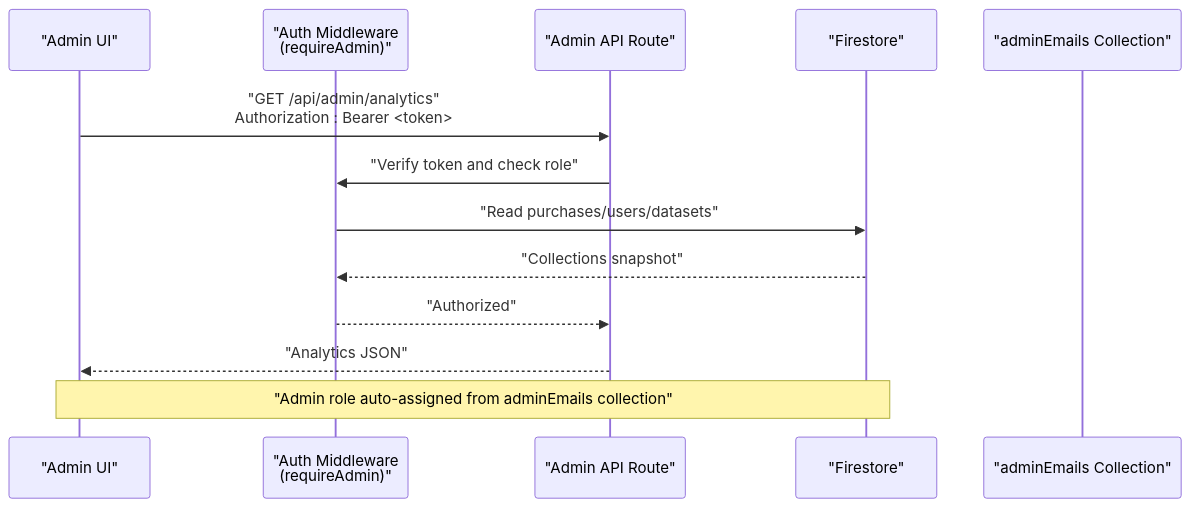
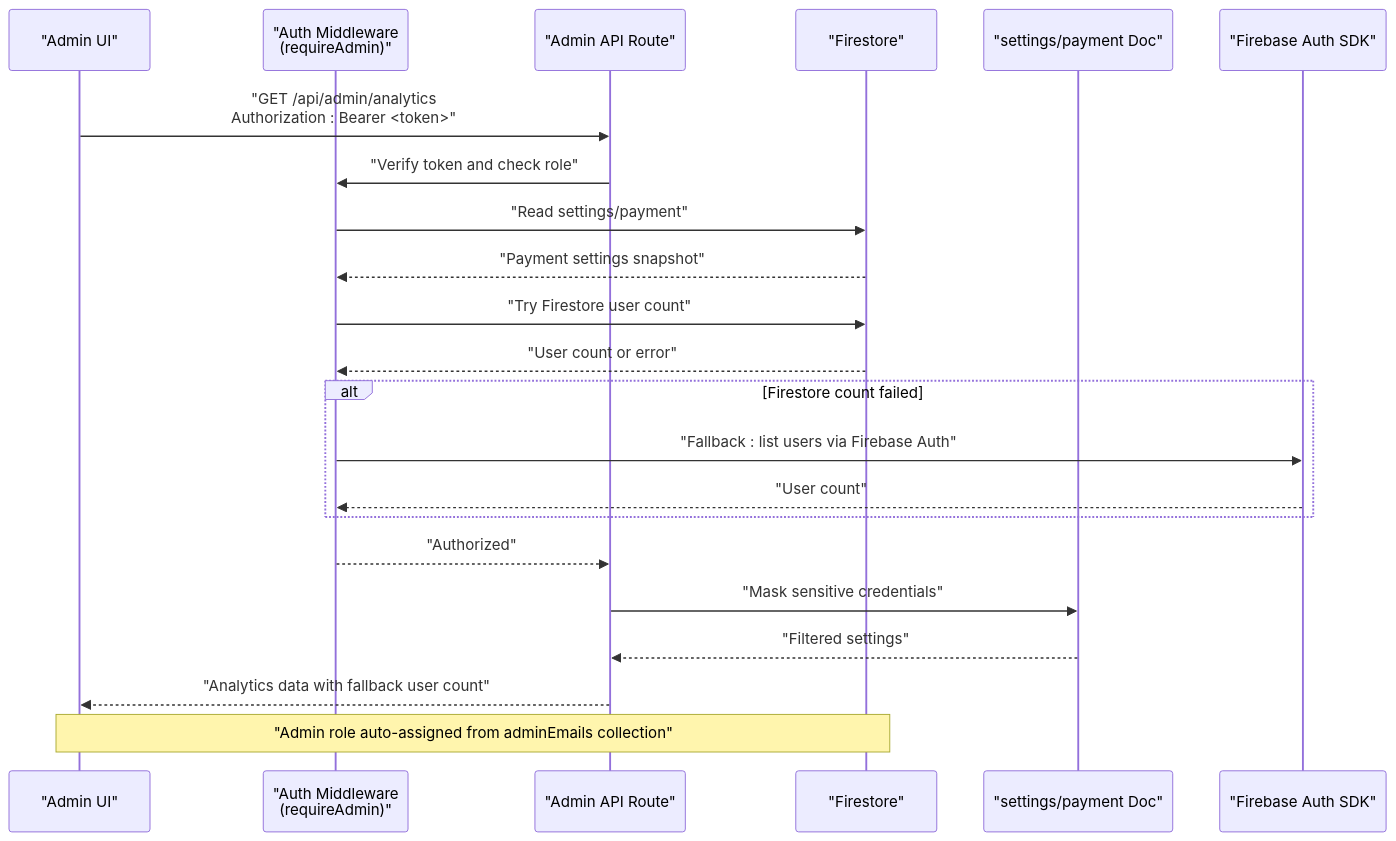
One commit to alikizang/datafrica changed the second of 10 diagrams in .qoder/repowiki/en/content/Admin Panel/Admin Panel.md. Above: the diagram before and after it, drawn with Mermaid. The commit also changed other lines of this file and 21 other files, not shown here.

````diff
--- a/.qoder/repowiki/en/content/Admin Panel/Admin Panel.md
+++ b/.qoder/repowiki/en/content/Admin Panel/Admin Panel.md
@@ -134,15 +162,24 @@
 ```mermaid
 sequenceDiagram
 participant Browser as "Admin UI"
 participant Auth as "Auth Middleware<br/>(requireAdmin)"
 participant API as "Admin API Route"
 participant DB as "Firestore"
-participant AdminEmails as "adminEmails Collection"
-Browser->>API : "GET /api/admin/analytics"<br/>Authorization : Bearer <token>
+participant Settings as "settings/payment Doc"
+participant AuthSDK as "Firebase Auth SDK"
+Browser->>API : "GET /api/admin/analytics<br/>Authorization : Bearer <token>"
 API->>Auth : "Verify token and check role"
-Auth->>DB : "Read purchases/users/datasets"
-DB-->>Auth : "Collections snapshot"
+Auth->>DB : "Read settings/payment"
+DB-->>Auth : "Payment settings snapshot"
+Auth->>DB : "Try Firestore user count"
+DB-->>Auth : "User count or error"
+Alt Firestore count failed
+Auth->>AuthSDK : "Fallback : list users via Firebase Auth"
+AuthSDK-->>Auth : "User count"
+End
 Auth-->>API : "Authorized"
-API-->>Browser : "Analytics JSON"
+API->>Settings : "Mask sensitive credentials"
+Settings-->>API : "Filtered settings"
+API-->>Browser : "Analytics data with fallback user count"
 Note over Browser,DB : "Admin role auto-assigned from adminEmails collection"
 ```
````
